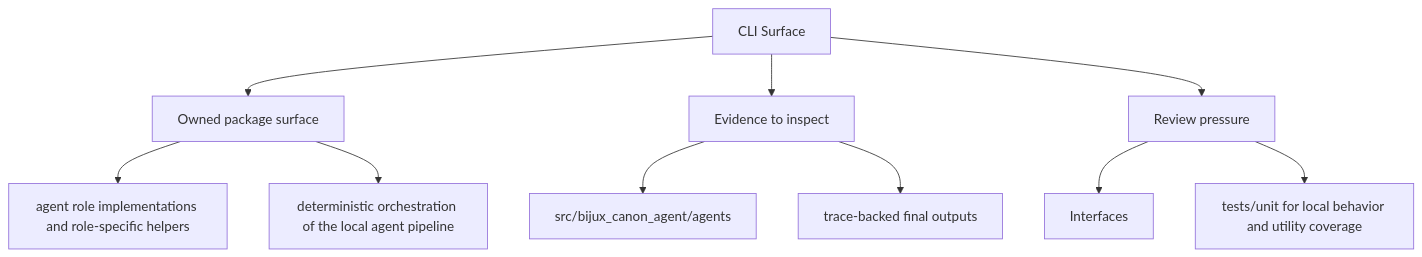
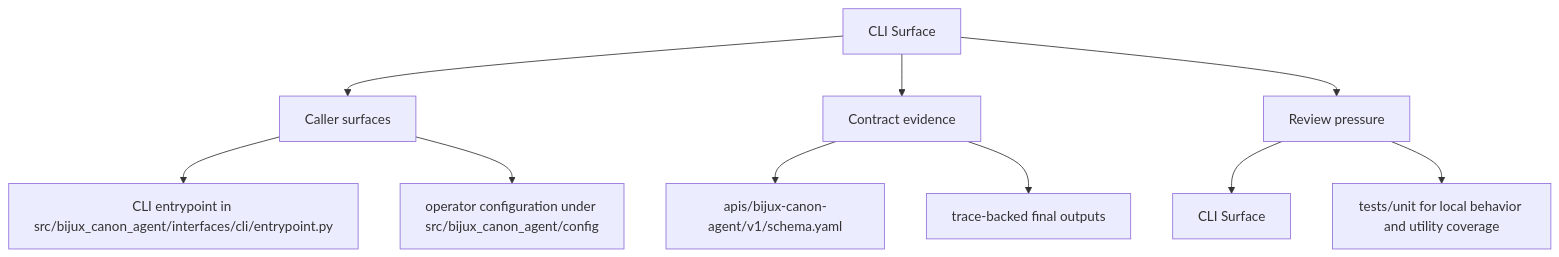
One commit to bijux/bijux-canon changed the second of 2 diagrams in docs/bijux-canon-agent/interfaces/cli-surface.md. Above: the diagram before and after it, drawn with Mermaid. The commit also changed other lines of this file and 250 other files, not shown here.

Commit message:
docs(diagrams): make product page maps more readable

````diff
--- a/docs/bijux-canon-agent/interfaces/cli-surface.md
+++ b/docs/bijux-canon-agent/interfaces/cli-surface.md
@@ -36,22 +36,22 @@
 ```mermaid
 flowchart TD
     page["CLI Surface"]
-    focus1["Owned package surface"]
+    focus1["Caller surfaces"]
     page --> focus1
-    focus1_1["agent role implementations and role-specific helpers"]
+    focus1_1["CLI entrypoint in src/bijux_canon_agent/interfaces/cli/entrypoint.py"]
     focus1 --> focus1_1
-    focus1_2["deterministic orchestration of the local agent pipeline"]
+    focus1_2["operator configuration under src/bijux_canon_agent/config"]
     focus1 --> focus1_2
-    focus2["Evidence to inspect"]
+    focus2["Contract evidence"]
     page --> focus2
-    focus2_1["src/bijux_canon_agent/agents"]
+    focus2_1["apis/bijux-canon-agent/v1/schema.yaml"]
     focus2 --> focus2_1
     focus2_2["trace-backed final outputs"]
     focus2 --> focus2_2
     focus3["Review pressure"]
     page --> focus3
-    focus3_1["Interfaces"]
+    focus3_1["CLI Surface"]
     focus3 --> focus3_1
     focus3_2["tests/unit for local behavior and utility coverage"]
     focus3 --> focus3_2
 ```
````
